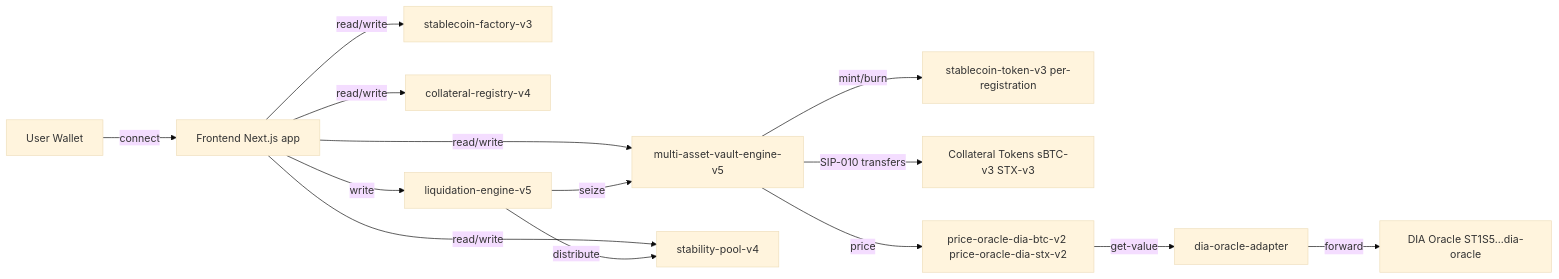
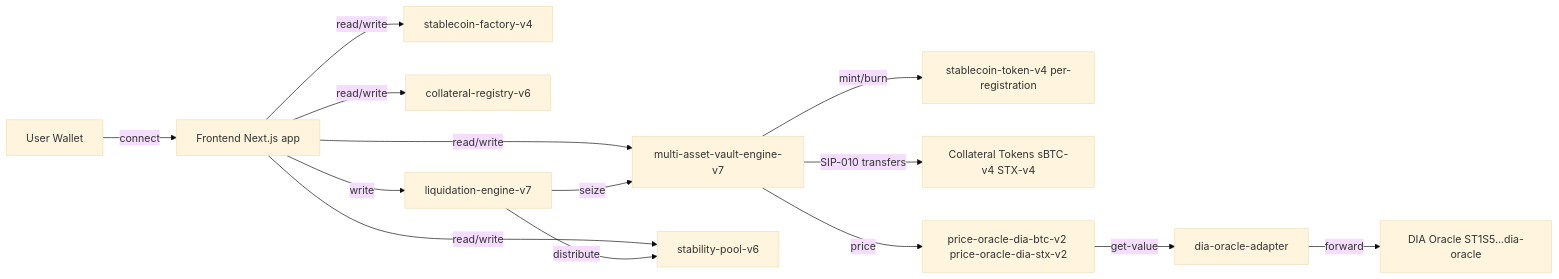
The first of 8 diagrams in docs/getting_started.md (yehia67/stacks-stablecoin-engine), drawn with Mermaid (base theme) before and after one commit. The commit also changed other lines of this file and 32 other files, not shown here.

````diff
--- a/docs/getting_started.md
+++ b/docs/getting_started.md
@@ -73,16 +73,16 @@
 ```mermaid
 graph LR
   U[User Wallet] -->|connect| FE[Frontend Next.js app]
-  FE -->|read/write| F[stablecoin-factory-v3]
-  FE -->|read/write| CR[collateral-registry-v4]
-  FE -->|read/write| VE[multi-asset-vault-engine-v5]
-  FE -->|read/write| SP[stability-pool-v4]
-  FE -->|write| LE[liquidation-engine-v5]
-  VE -->|mint/burn| ST[stablecoin-token-v3 per-registration]
-  VE -->|SIP-010 transfers| COL[Collateral Tokens sBTC-v3 STX-v3]
+  FE -->|read/write| F[stablecoin-factory-v4]
+  FE -->|read/write| CR[collateral-registry-v6]
+  FE -->|read/write| VE[multi-asset-vault-engine-v7]
+  FE -->|read/write| SP[stability-pool-v6]
+  FE -->|write| LE[liquidation-engine-v7]
+  VE -->|mint/burn| ST[stablecoin-token-v4 per-registration]
+  VE -->|SIP-010 transfers| COL[Collateral Tokens sBTC-v4 STX-v4]
   VE -->|price| OW[price-oracle-dia-btc-v2 price-oracle-dia-stx-v2]
   OW -->|get-value| DA[dia-oracle-adapter]
   DA -->|forward| DIA[DIA Oracle ST1S5...dia-oracle]
   LE -->|seize| VE
   LE -->|distribute| SP
 ```
````
